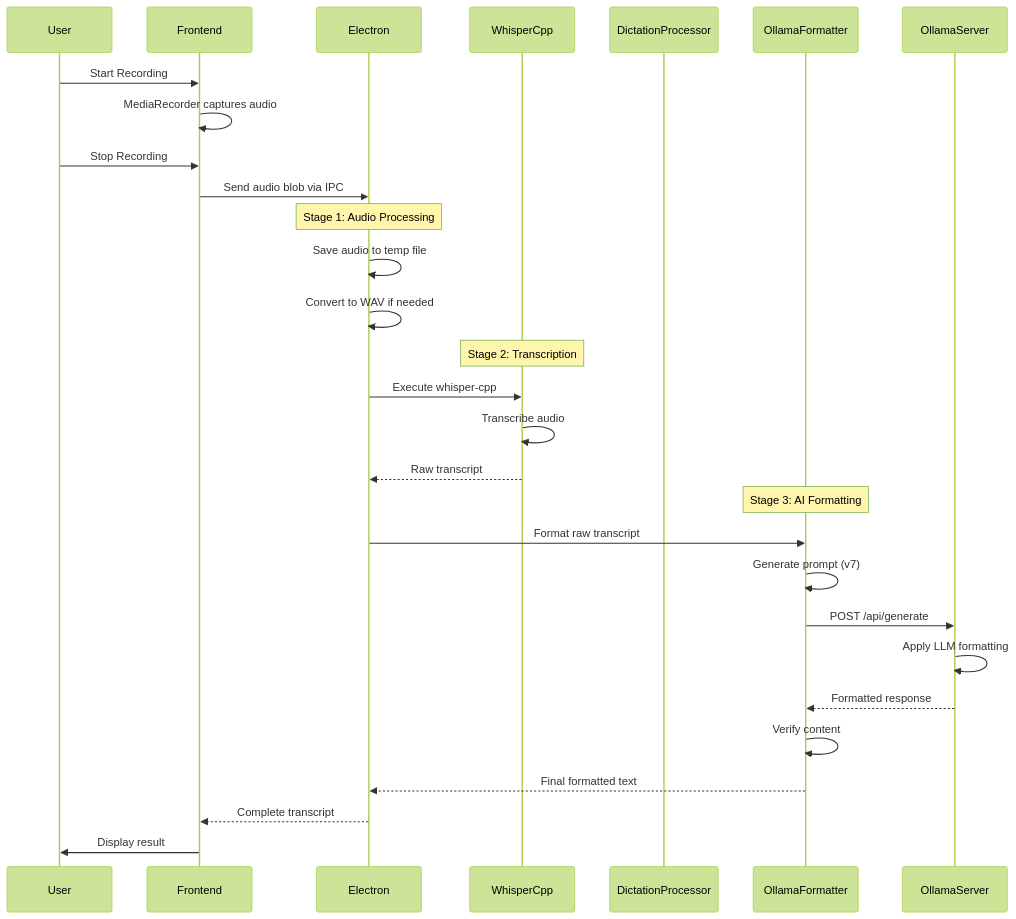
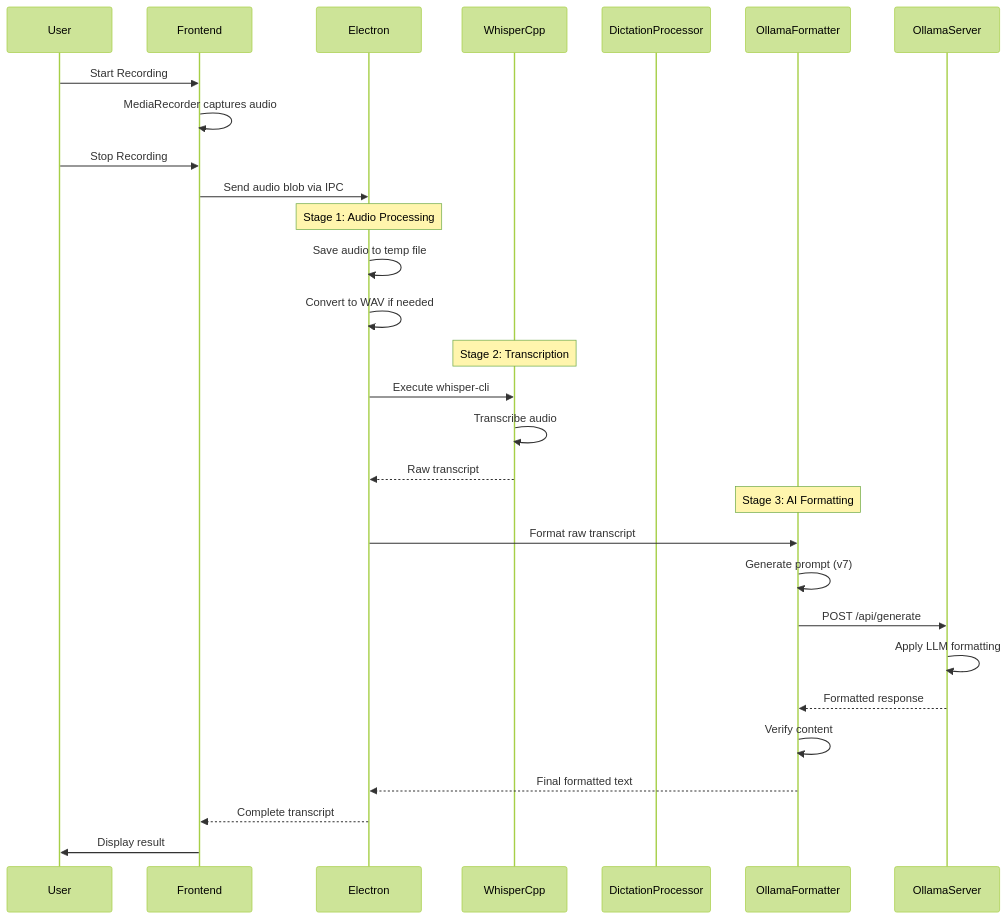
One commit to marchatton/doctor-dictate changed the second of 8 diagrams in docs/design/system-architecture.md. Above: the diagram before and after it, drawn with Mermaid (forest theme). The commit also changed other lines of this file and 36 other files, not shown here.

````diff
--- a/docs/design/system-architecture.md
+++ b/docs/design/system-architecture.md
@@ -59,36 +59,36 @@
 ```mermaid
 sequenceDiagram
     participant User
     participant Frontend
     participant Electron
     participant WhisperCpp
     participant DictationProcessor
     participant OllamaFormatter
     participant OllamaServer
 
     User->>Frontend: Start Recording
     Frontend->>Frontend: MediaRecorder captures audio
     User->>Frontend: Stop Recording
     Frontend->>Electron: Send audio blob via IPC
     
     Note over Electron: Stage 1: Audio Processing
     Electron->>Electron: Save audio to temp file
     Electron->>Electron: Convert to WAV if needed
     
     Note over WhisperCpp: Stage 2: Transcription
-    Electron->>WhisperCpp: Execute whisper-cpp
+    Electron->>WhisperCpp: Execute whisper-cli
     WhisperCpp->>WhisperCpp: Transcribe audio
     WhisperCpp-->>Electron: Raw transcript
     
     Note over OllamaFormatter: Stage 3: AI Formatting
     Electron->>OllamaFormatter: Format raw transcript
     OllamaFormatter->>OllamaFormatter: Generate prompt (v7)
     OllamaFormatter->>OllamaServer: POST /api/generate
     OllamaServer->>OllamaServer: Apply LLM formatting
     OllamaServer-->>OllamaFormatter: Formatted response
     OllamaFormatter->>OllamaFormatter: Verify content
     OllamaFormatter-->>Electron: Final formatted text
     
     Electron-->>Frontend: Complete transcript
     Frontend->>User: Display result
 ```
````
